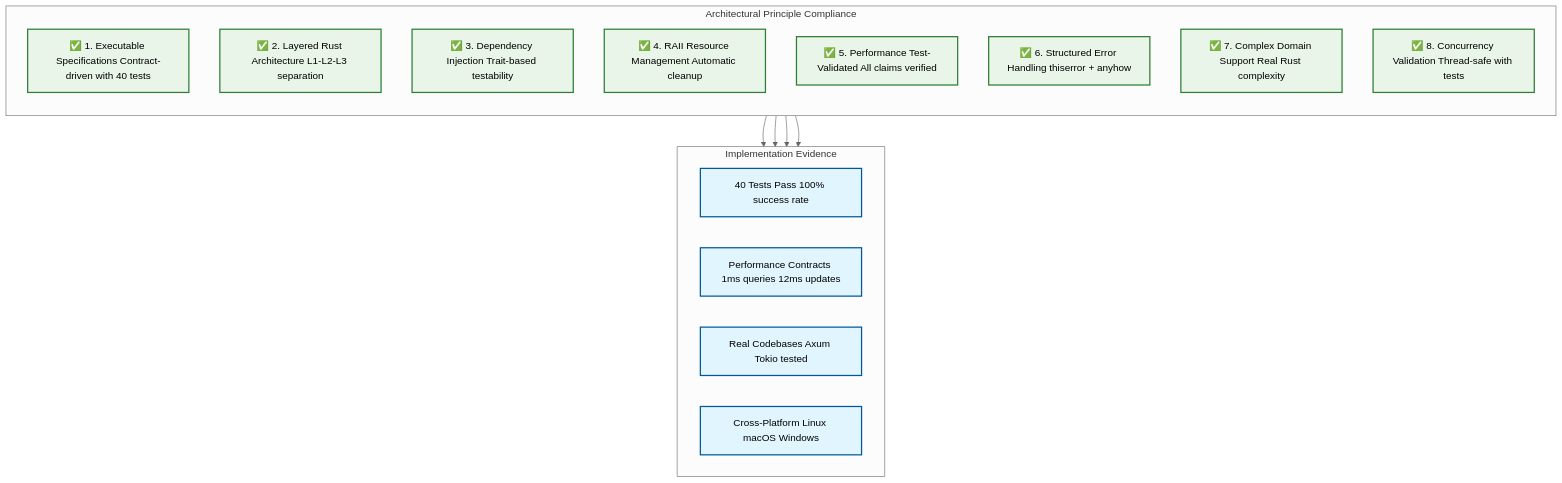
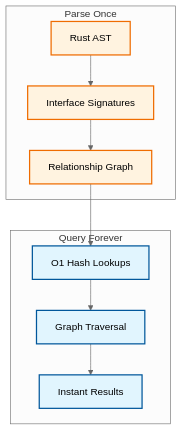
One commit to that-in-rust/parseltongue changed the fourth of 4 diagrams in README.md. Above: the diagram before and after it, drawn with Mermaid (neutral theme). The commit also changed other lines of this file, not shown here.

````diff
--- a/README.md
+++ b/README.md
@@ -681,32 +164,19 @@
 ```mermaid
 graph TD
-
-    subgraph "Architectural Principle Compliance"
-        direction TB
-        A[✅ 1. Executable Specifications Contract-driven with 40 tests]
-        B[✅ 2. Layered Rust Architecture L1-L2-L3 separation]
-        C[✅ 3. Dependency Injection Trait-based testability]
-        D[✅ 4. RAII Resource Management Automatic cleanup]
-        E[✅ 5. Performance Test-Validated All claims verified]
-        F[✅ 6. Structured Error Handling thiserror + anyhow]
-        G[✅ 7. Complex Domain Support Real Rust complexity]
-        H[✅ 8. Concurrency Validation Thread-safe with tests]
-    end
-    subgraph "Implementation Evidence"
-        direction LR
-        I[40 Tests Pass 100% success rate]
-        J[Performance Contracts 1ms queries 12ms updates]
-        K[Real Codebases Axum Tokio tested]
-        L[Cross-Platform Linux macOS Windows]
+    subgraph "Parse Once"
+        A[Rust AST] --> B[Interface Signatures]
+        B --> C[Relationship Graph]
     end
     
-    A --> I
-    E --> J
-    G --> K
-    H --> L
-    classDef compliance fill:#e8f5e8,stroke:#2e7d32,stroke-width:2px
-    classDef evidence fill:#e1f5fe,stroke:#01579b,stroke-width:2px
+    subgraph "Query Forever"
+        C --> D[O1 Hash Lookups]
+        D --> E[Graph Traversal]
+        E --> F[Instant Results]
+    end
     
-    class A,B,C,D,E,F,G,H compliance
-    class I,J,K,L evidence
+    classDef parse fill:#fff3e0,stroke:#ef6c00,stroke-width:2px
+    classDef query fill:#e1f5fe,stroke:#01579b,stroke-width:2px
+    
+    class A,B,C parse
+    class D,E,F query
 ```
````
